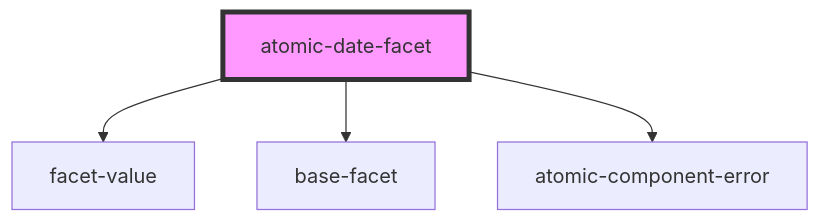
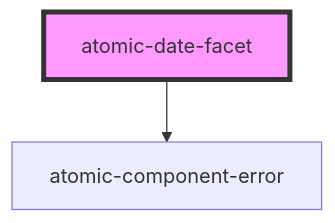
The diagram in packages/atomic/src/components/facets/atomic-date-facet/readme.md (coveo/ui-kit), drawn with Mermaid before and after one commit. The commit also changed other lines of this file and 15 other files, not shown here.

First line of the commit message:
feat(atomic): numeric Facet

````diff
--- a/packages/atomic/src/components/facets/atomic-date-facet/readme.md
+++ b/packages/atomic/src/components/facets/atomic-date-facet/readme.md
@@ -26,7 +24,5 @@
 ```mermaid
 graph TD;
-  atomic-date-facet --> facet-value
-  atomic-date-facet --> base-facet
   atomic-date-facet --> atomic-component-error
   style atomic-date-facet fill:#f9f,stroke:#333,stroke-width:4px
 ```
````
